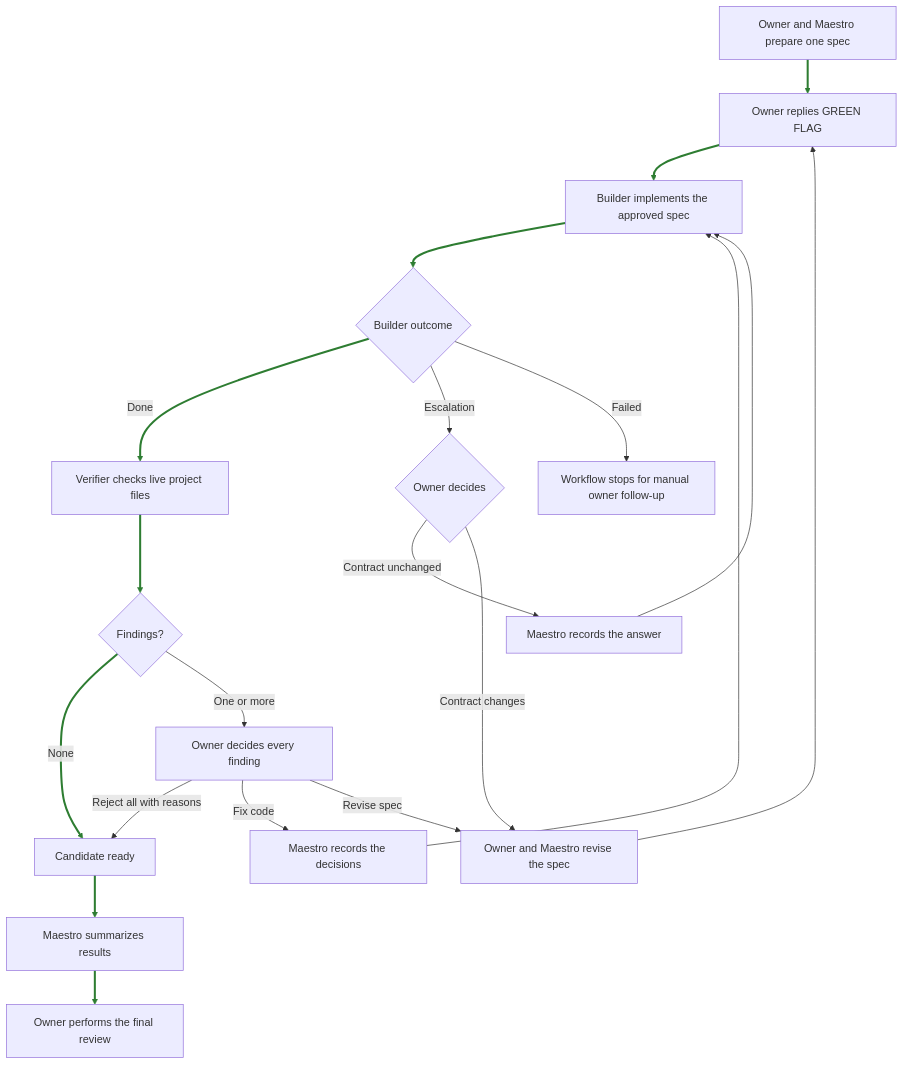
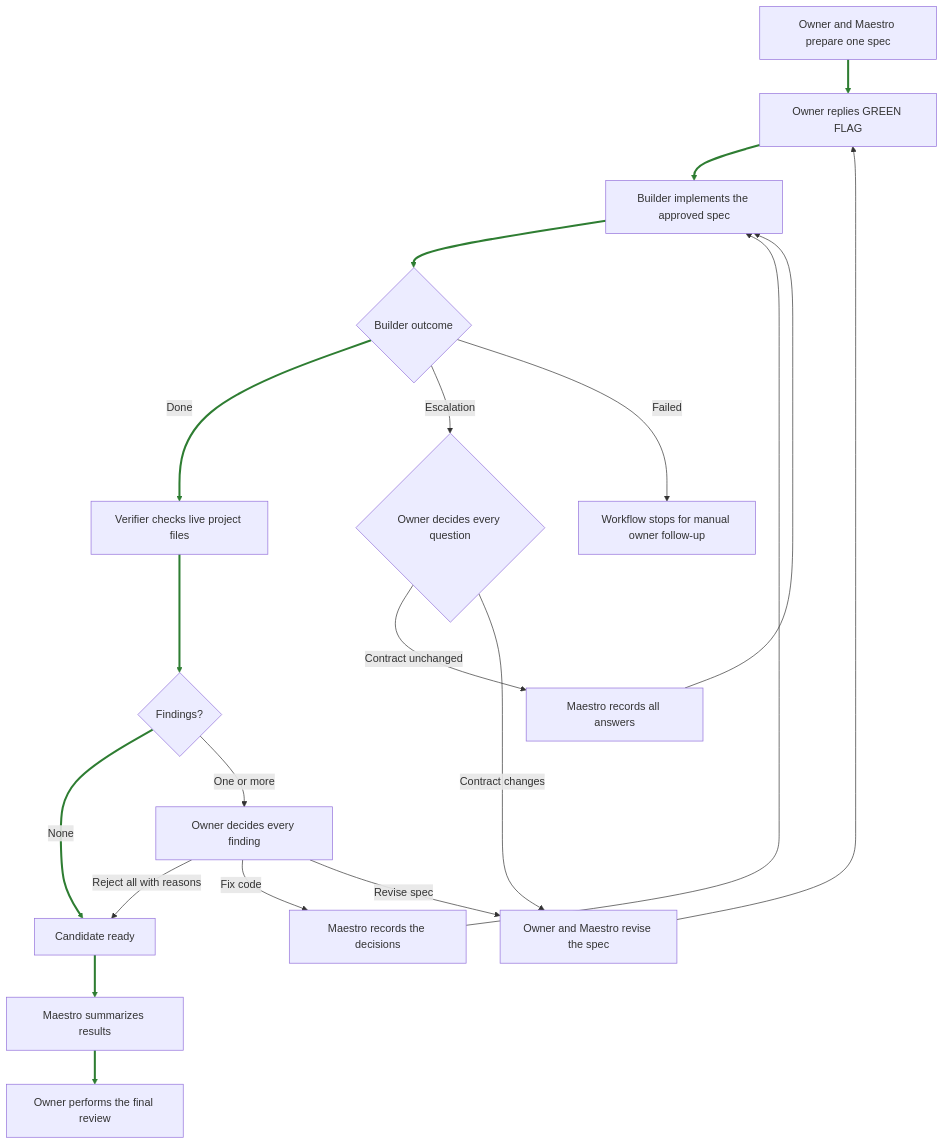
The diagram in docs/workflow.md (emilioSp/pi-maestro), drawn with Mermaid before and after one commit. The commit also changed other lines of this file and 55 other files, not shown here.

````diff
--- a/docs/workflow.md
+++ b/docs/workflow.md
@@ -30,38 +31,38 @@
 ```mermaid
 flowchart TD
     spec[Owner and Maestro prepare one spec]
     approval[Owner replies GREEN FLAG]
     build[Builder implements the approved spec]
     buildOutcome{Builder outcome}
     verify[Verifier checks live project files]
     findings{Findings?}
     candidate[Candidate ready]
     summary[Maestro summarizes results]
     review[Owner performs the final review]
 
     spec --> approval
     approval --> build
     build --> buildOutcome
     buildOutcome -->|Done| verify
     verify --> findings
     findings -->|None| candidate
 
-    buildOutcome -->|Escalation| ownerEscalation{Owner decides}
-    ownerEscalation -->|Contract unchanged| recordEscalation[Maestro records the answer]
+    buildOutcome -->|Escalation| ownerEscalation{Owner decides every question}
+    ownerEscalation -->|Contract unchanged| recordEscalation[Maestro records all answers]
     recordEscalation --> build
     ownerEscalation -->|Contract changes| reviseSpec[Owner and Maestro revise the spec]
     reviseSpec --> approval
 
     buildOutcome -->|Failed| stopped[Workflow stops for manual owner follow-up]
 
     findings -->|One or more| ownerFindings[Owner decides every finding]
     ownerFindings -->|Reject all with reasons| candidate
     ownerFindings -->|Fix code| recordFixes[Maestro records the decisions]
     recordFixes --> build
     ownerFindings -->|Revise spec| reviseSpec
 
     candidate --> summary
     summary --> review
 
     linkStyle 0,1,2,3,4,5,17,18 stroke:#2e7d32,stroke-width:3px
 ```
````
